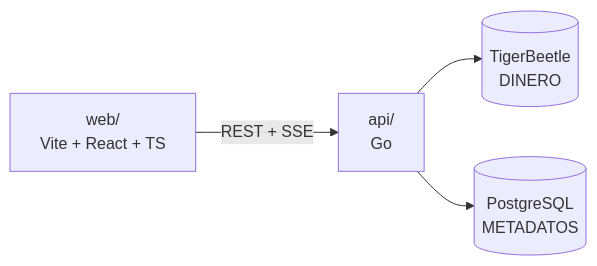
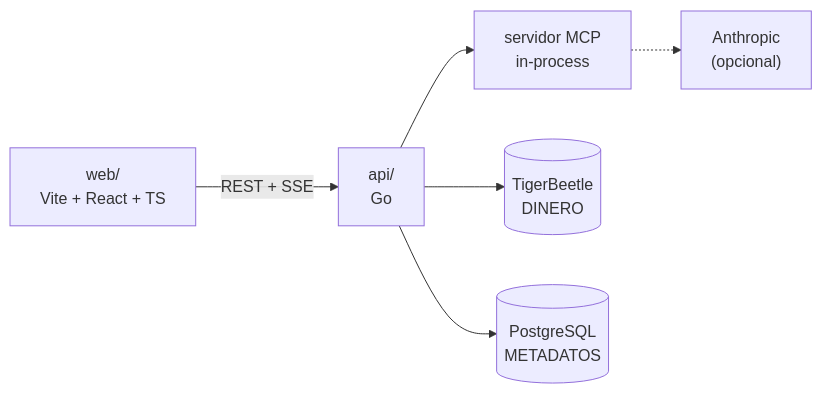
One commit to JuanKsPty/corebank changed the diagram in README.md. Above: the diagram before and after it, drawn with Mermaid. The commit also changed other lines of this file, not shown here.

````diff
--- a/README.md
+++ b/README.md
@@ -18,11 +114,15 @@
 ```mermaid
 flowchart LR
     WEB["web/<br/>Vite + React + TS"]
     API["api/<br/>Go"]
+    MCP["servidor MCP<br/>in-process"]
+    LLM["Anthropic<br/>(opcional)"]
     TB[("TigerBeetle<br/>DINERO")]
     PG[("PostgreSQL<br/>METADATOS")]
 
     WEB -->|"REST + SSE"| API
+    API --> MCP
+    MCP -.-> LLM
     API --> TB
     API --> PG
 ```
````
